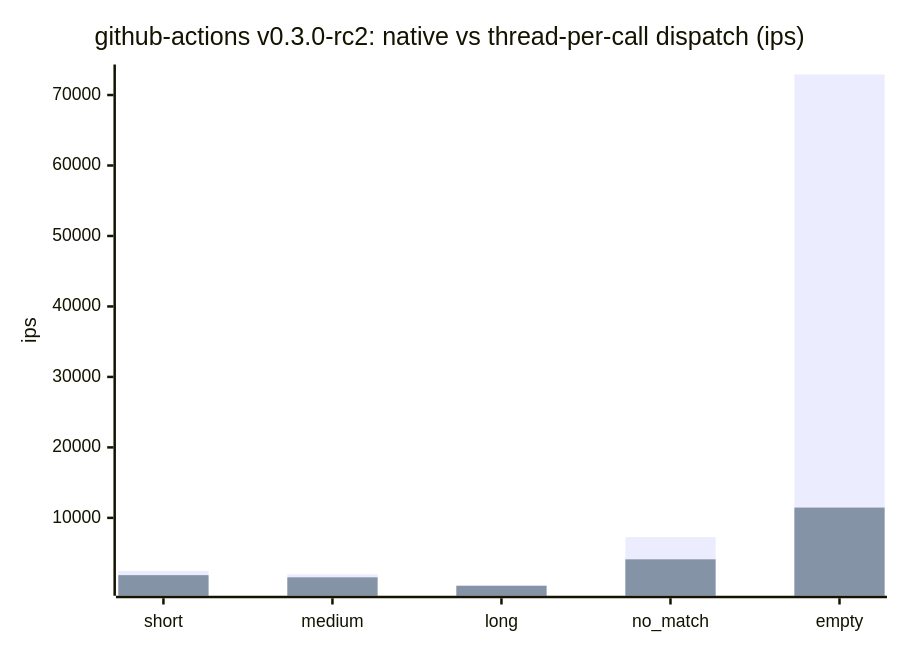
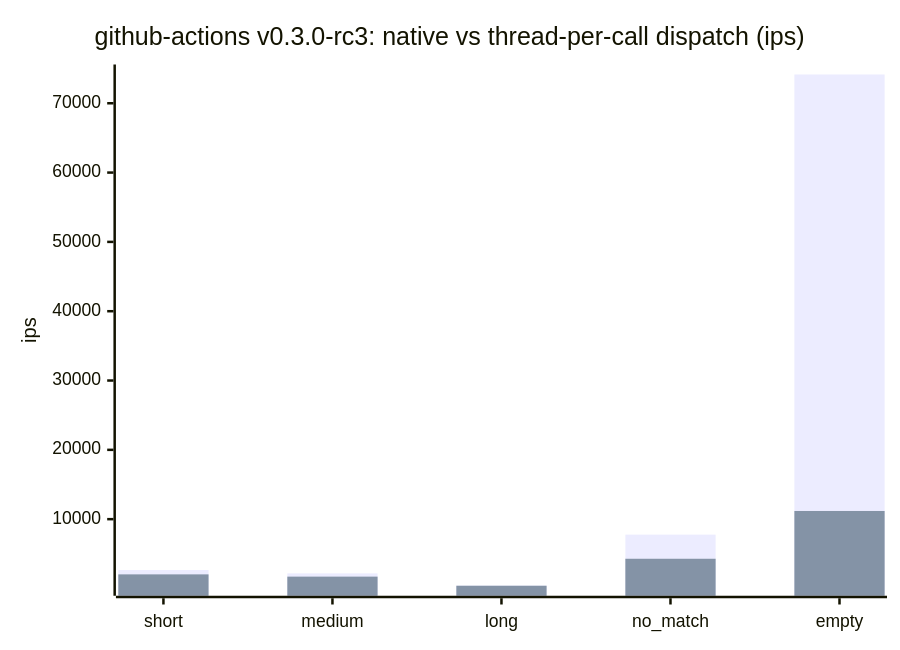
Before and after one commit to cpb/duckling: the first of 7 diagrams in docs/benchmarks/README.md, drawn with Mermaid. The commit also changed other lines of this file and 1 other file, not shown here.

Commit message:
Record github-actions benchmark for PR #102 branch issue-96/rebase-and-re-implement-85-s-dst-aware-reference-z [benchmark-record]

````diff
--- a/docs/benchmarks/README.md
+++ b/docs/benchmarks/README.md
@@ -54,8 +54,8 @@
 ```mermaid
 xychart-beta
-    title "github-actions v0.3.0-rc2: native vs thread-per-call dispatch (ips)"
+    title "github-actions v0.3.0-rc3: native vs thread-per-call dispatch (ips)"
     x-axis [short, medium, long, no_match, empty]
     y-axis "ips"
-    bar "native" [2461.1, 1992.3, 400.8, 7273.8, 72911.8]
-    bar "thread-per-call" [1871.6, 1564.7, 368.4, 4117.3, 11459.9]
+    bar "native" [2667.1, 2175.6, 418.4, 7765.4, 74149.0]
+    bar "thread-per-call" [2035.5, 1709.8, 393.8, 4287.8, 11181.6]
 ```
````
